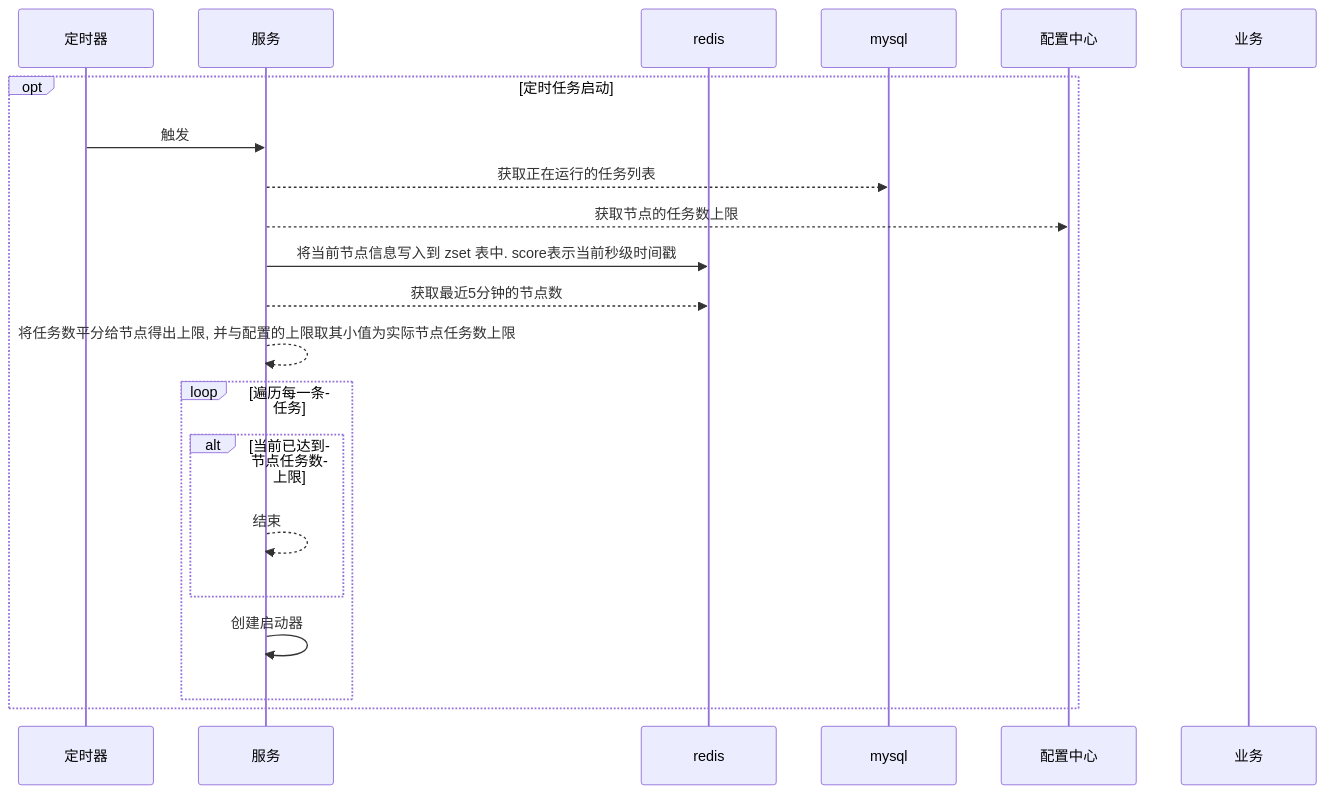
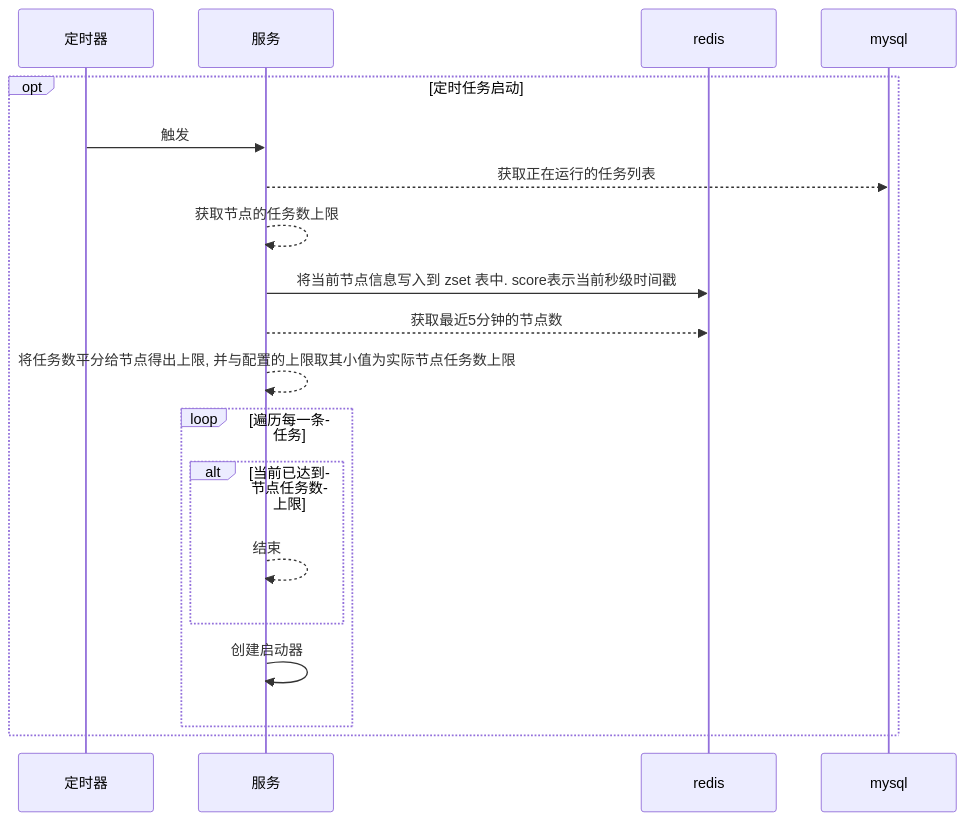
The first of 5 diagrams in readme.md (zlyuancn/batch_job), drawn with Mermaid before and after one commit. The commit also changed other lines of this file, not shown here.

````diff
--- a/readme.md
+++ b/readme.md
@@ -15,26 +15,24 @@
 ```mermaid
 sequenceDiagram
 participant a as 定时器
 participant b as 服务
 participant c as redis
 participant d as mysql
-participant e as 配置中心
-participant f as 业务
 
 opt 定时任务启动
 a ->> b: 触发
 
 b -->> d: 获取正在运行的任务列表
-b -->> e: 获取节点的任务数上限
+b -->> b: 获取节点的任务数上限
 b ->> c: 将当前节点信息写入到 zset 表中. score表示当前秒级时间戳
 b -->> c: 获取最近5分钟的节点数
 b -->> b: 将任务数平分给节点得出上限, 并与配置的上限取其小值为实际节点任务数上限
 
 loop 遍历每一条任务
   alt 当前已达到节点任务数上限
     b -->> b: 结束
   end
   b ->> b: 创建启动器
 end
 end
 ```
````
